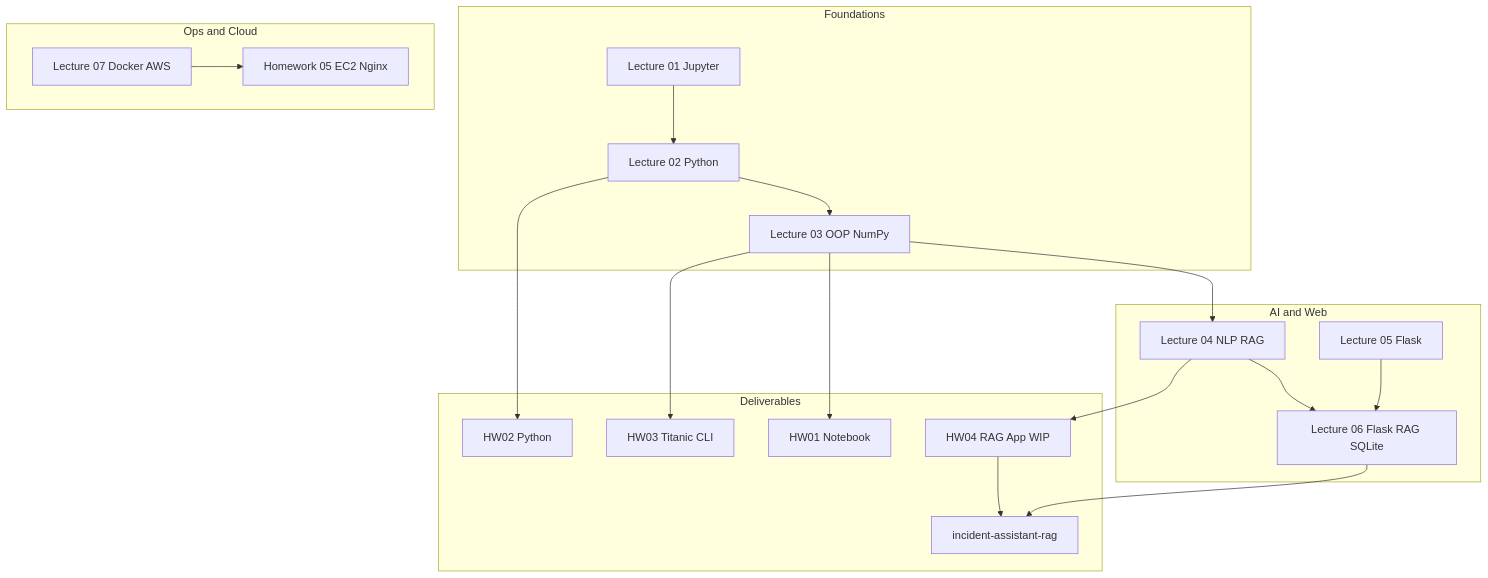
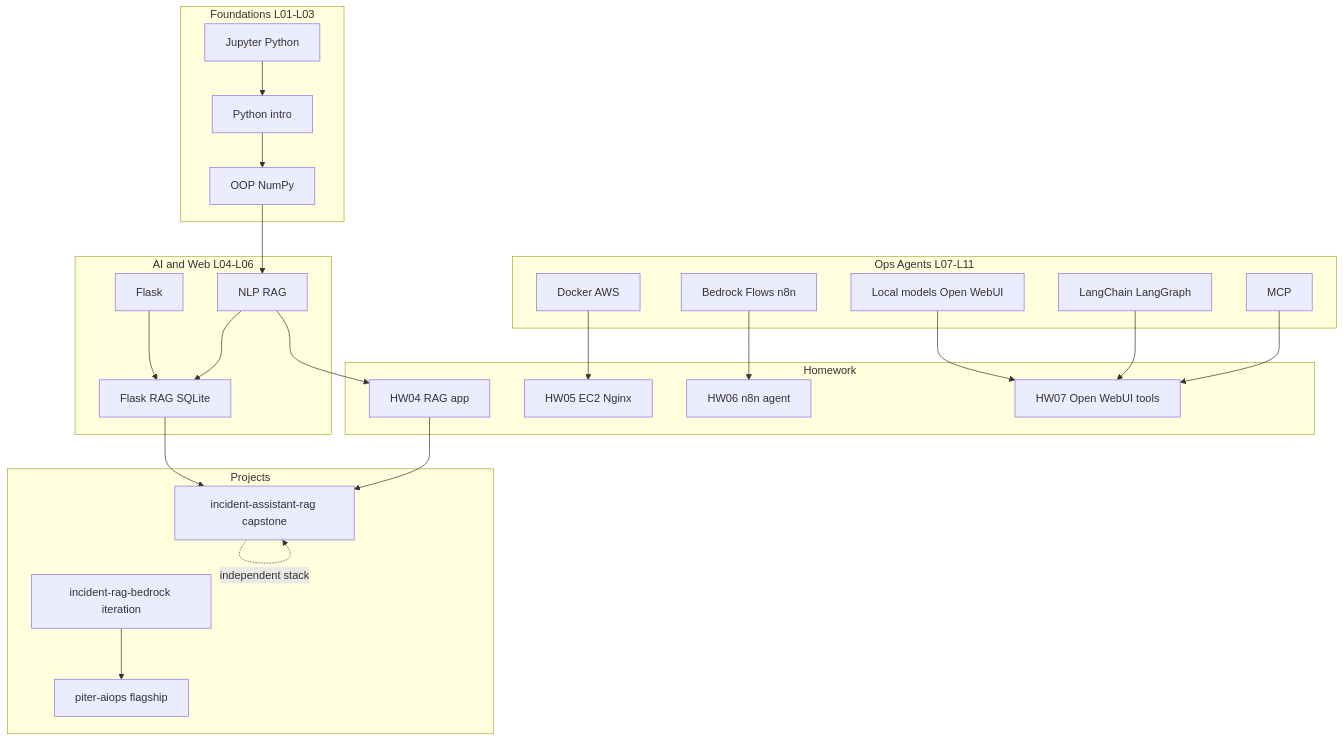
The diagram in docs/architecture/repository-architecture.md (reem-mor/ai-engineering-portfolio), drawn with Mermaid before and after one commit. The commit also changed other lines of this file and 17 other files, not shown here.

First line of the commit message:
docs: phase 2 architecture separation and extraction runbooks

````diff
--- a/docs/architecture/repository-architecture.md
+++ b/docs/architecture/repository-architecture.md
@@ -32,37 +39,47 @@
 ```mermaid
 flowchart TB
-  subgraph foundations [Foundations]
-    L01[Lecture 01 Jupyter]
-    L02[Lecture 02 Python]
-    L03[Lecture 03 OOP NumPy]
+  subgraph foundations [Foundations L01-L03]
+    L01[Jupyter Python]
+    L02[Python intro]
+    L03[OOP NumPy]
   end
 
-  subgraph ai_web [AI and Web]
-    L04[Lecture 04 NLP RAG]
-    L05[Lecture 05 Flask]
-    L06[Lecture 06 Flask RAG SQLite]
+  subgraph ai_web [AI and Web L04-L06]
+    L04[NLP RAG]
+    L05[Flask]
+    L06[Flask RAG SQLite]
   end
 
-  subgraph ops [Ops and Cloud]
-    L07[Lecture 07 Docker AWS]
-    HW05[Homework 05 EC2 Nginx]
+  subgraph ops_agents [Ops Agents L07-L11]
+    L07[Docker AWS]
+    L08[MCP]
+    L09[Bedrock Flows n8n]
+    L10[LangChain LangGraph]
+    L11[Local models Open WebUI]
   end
 
-  subgraph deliverables [Deliverables]
-    HW01[HW01 Notebook]
-    HW02[HW02 Python]
-    HW03[HW03 Titanic CLI]
-    HW04[HW04 RAG App WIP]
-    Capstone[incident-assistant-rag]
+  subgraph homework [Homework]
+    HW04[HW04 RAG app]
+    HW05[HW05 EC2 Nginx]
+    HW06[HW06 n8n agent]
+    HW07[HW07 Open WebUI tools]
   end
 
-  L01 --> L02 --> L03
-  L03 --> L04 --> L06
+  subgraph projects [Projects]
+    Bedrock[incident-rag-bedrock iteration]
+    Capstone[incident-assistant-rag capstone]
+    PITER[piter-aiops flagship]
+  end
+
+  L01 --> L02 --> L03 --> L04 --> L06
   L05 --> L06
   L04 --> HW04 --> Capstone
   L06 --> Capstone
   L07 --> HW05
-  L03 --> HW01
-  L02 --> HW02
-  L03 --> HW03
+  L08 --> HW07
+  L09 --> HW06
+  L10 --> HW07
+  L11 --> HW07
+  Bedrock --> PITER
+  Capstone -. independent stack .-> Capstone
 ```
````
